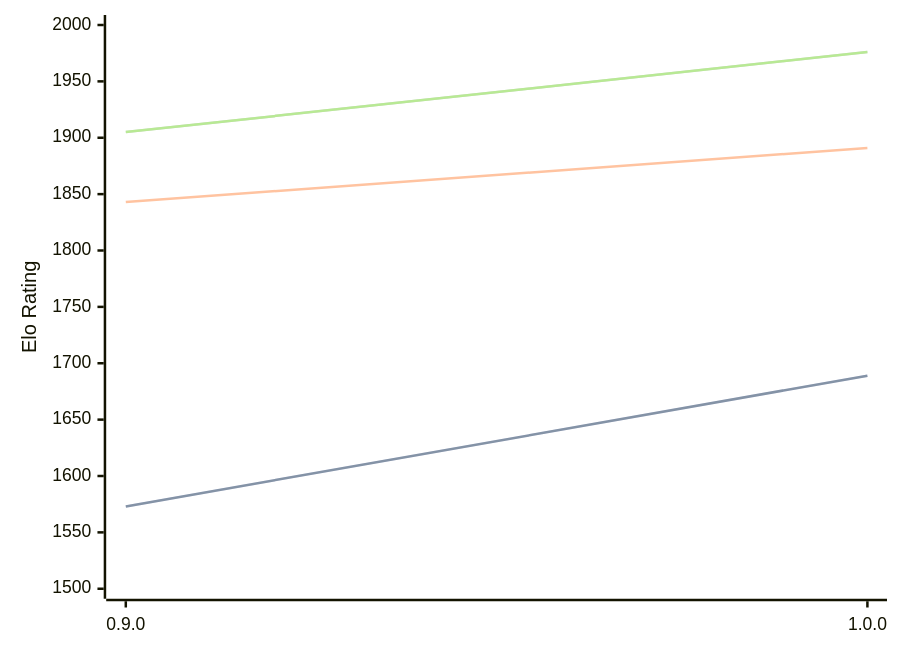
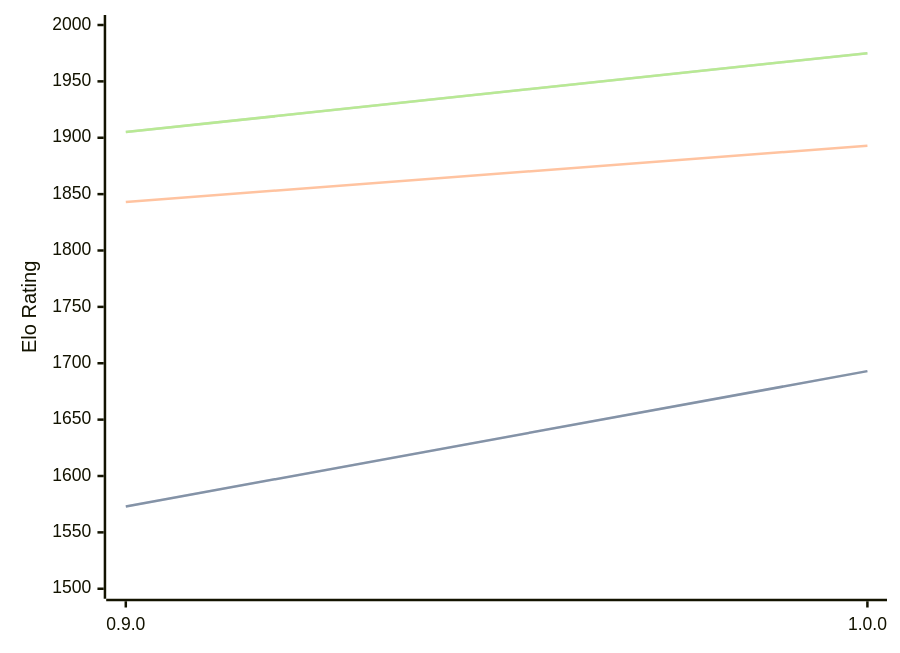
The diagram in engines/Ratsu.md (computer-chess-index/cci), drawn with Mermaid before and after one commit. The commit also changed other lines of this file, not shown here.

Commit message:
Update CCI Ratings (ELO VLTC) - 2026-02-27

````diff
--- a/engines/Ratsu.md
+++ b/engines/Ratsu.md
@@ -30,11 +30,11 @@
 ```mermaid
 %%{init: {"theme":"base","themeVariables":{"seriesColors:['#a3a3a3','#222221','#faa371']}}}%%
 xychart-beta
   x-axis ["0.9.0", "1.0.0"]
   y-axis "Elo Rating" 1500 --> 2000
-  line "STC (8.0+0.08s)" [1573, 1689]
-  line "STC (8.0+0.08s)" [1573, 1689]
-  line "LTC (60.0+0.60s)" [1843, 1891]
-  line "VLTC (2m24s+1.12s)" [1905, 1976]
-  line "VLTC (2m24s+1.12s)" [1905, 1976]
+  line "STC (8.0+0.08s)" [1573, 1693]
+  line "STC (8.0+0.08s)" [1573, 1693]
+  line "LTC (60.0+0.60s)" [1843, 1893]
+  line "VLTC (2m24s+1.12s)" [1905, 1975]
+  line "VLTC (2m24s+1.12s)" [1905, 1975]
 ```
````
